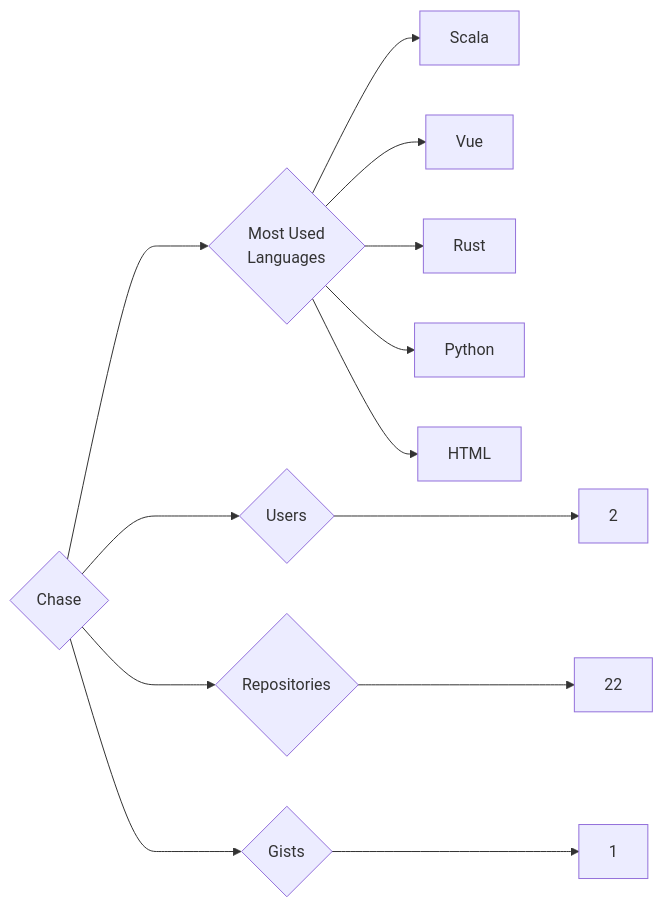
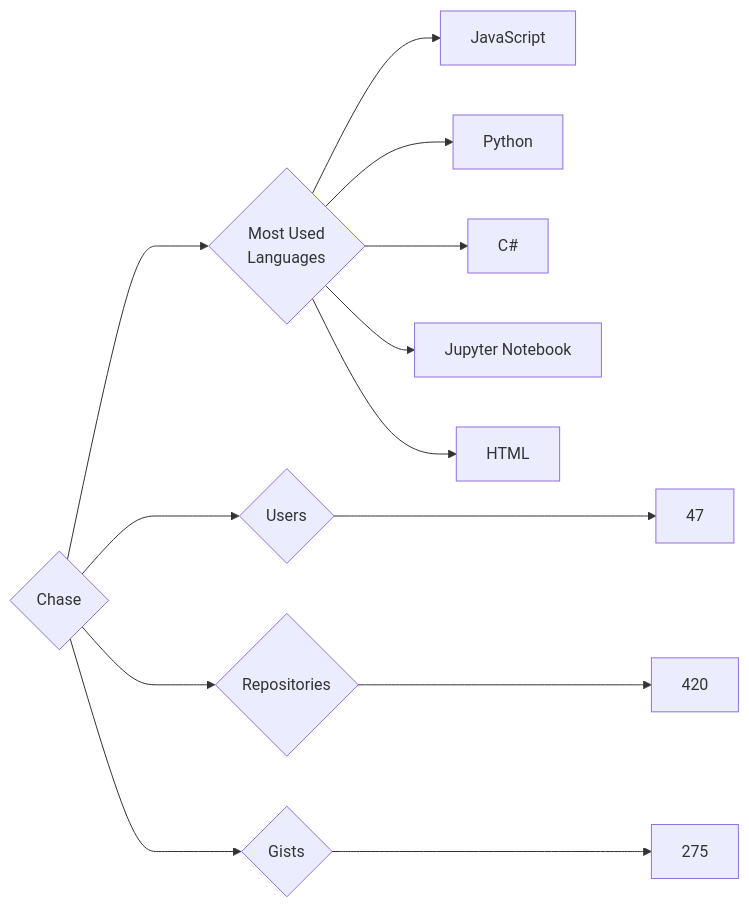
One commit to trickest/insiders changed the diagram in targets/Chase/README.md. Above: the diagram before and after it, drawn with Mermaid. The commit also changed 927 other files, not shown here.

````diff
--- a/targets/Chase/README.md
+++ b/targets/Chase/README.md
@@ -3,13 +3,13 @@
 ```mermaid
 graph LR
 COMPANY_NAME{Chase}
-COMPANY_NAME ---> U{Users} ---> UN[2]
-COMPANY_NAME ---> R{Repositories} ---> RN[22]
-COMPANY_NAME ---> G{Gists} ---> GN[1]
+COMPANY_NAME ---> U{Users} ---> UN[47]
+COMPANY_NAME ---> R{Repositories} ---> RN[420]
+COMPANY_NAME ---> G{Gists} ---> GN[275]
 COMPANY_NAME ---> ML{Most Used<br>Languages}
-ML --> Scala[Scala]
-ML --> Vue[Vue]
-ML --> Rust[Rust]
+ML --> JavaScript[JavaScript]
 ML --> Python[Python]
+ML --> C#[C#]
+ML --> Jupyter_Notebook[Jupyter Notebook]
 ML --> HTML[HTML]
 ```
````
